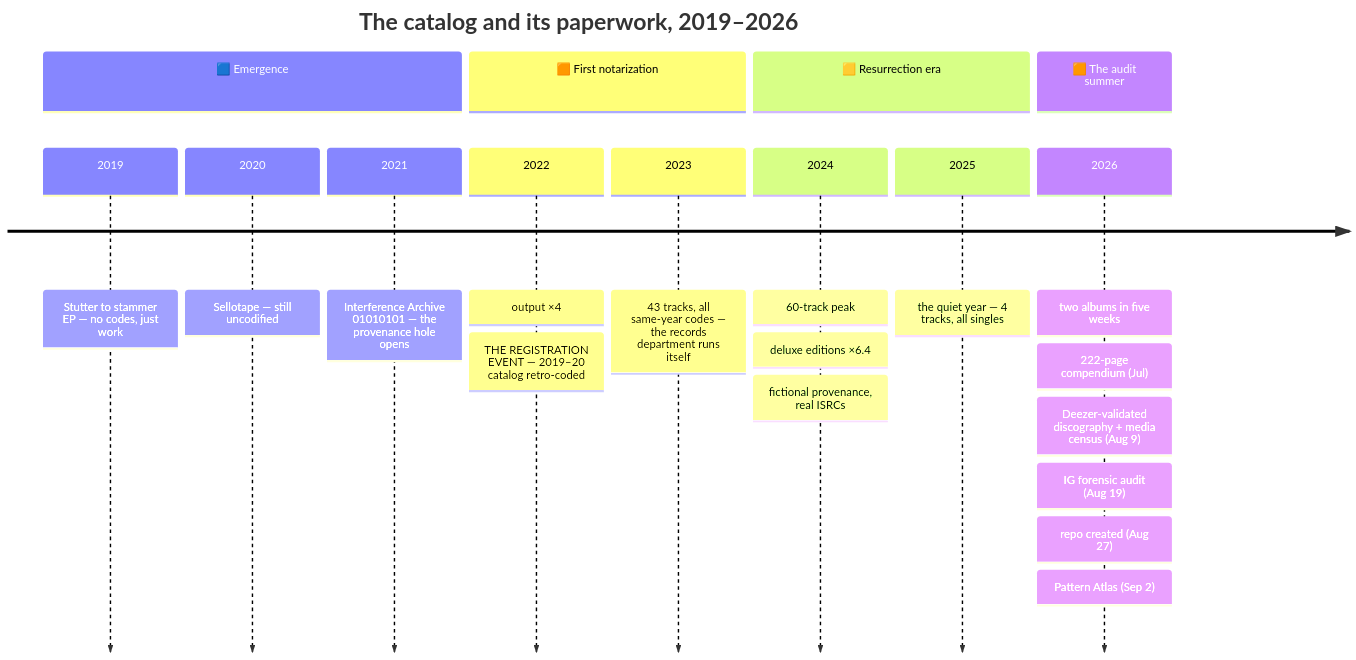
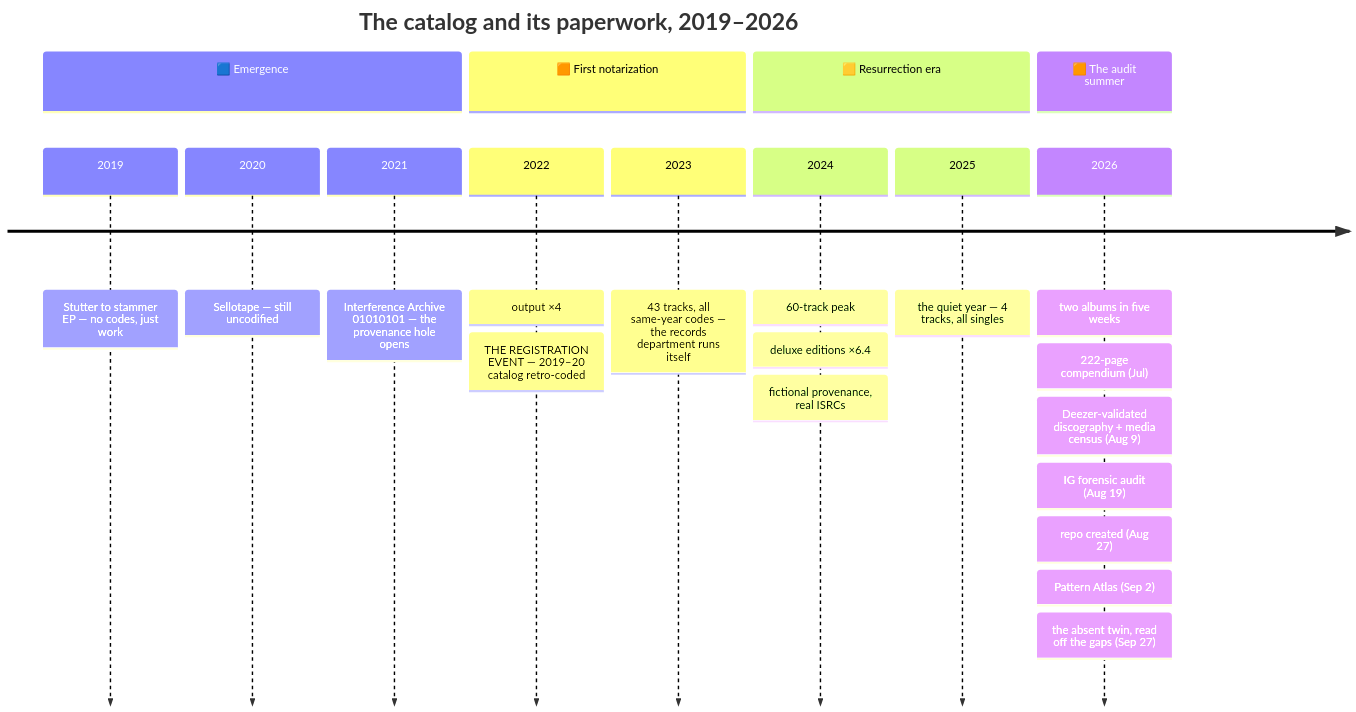
The sixth of 6 diagrams in README.md (zazieproductions/Zaziopath), drawn with Mermaid before and after one commit. The commit also changed other lines of this file and 3 other files, not shown here.

First line of the commit message:
Experiment ZP-AU-2026-0927: The Absent Twin — biography of the uncreated self, reconstructed from the gaps

````diff
--- a/README.md
+++ b/README.md
@@ -593,16 +602,16 @@
 ```mermaid
 timeline
     title The catalog and its paperwork, 2019–2026
     section 🟦 Emergence
         2019 : Stutter to stammer EP — no codes, just work
         2020 : Sellotape — still uncodified
         2021 : Interference Archive 01010101 — the provenance hole opens
     section 🟧 First notarization
         2022 : output ×4 : THE REGISTRATION EVENT — 2019–20 catalog retro-coded
         2023 : 43 tracks, all same-year codes — the records department runs itself
     section 🟨 Resurrection era
         2024 : 60-track peak : deluxe editions ×6.4 : fictional provenance, real ISRCs
         2025 : the quiet year — 4 tracks, all singles
     section 🟧 The audit summer
-        2026 : two albums in five weeks : 222-page compendium (Jul) : Deezer-validated discography + media census (Aug 9) : IG forensic audit (Aug 19) : repo created (Aug 27) : Pattern Atlas (Sep 2)
+        2026 : two albums in five weeks : 222-page compendium (Jul) : Deezer-validated discography + media census (Aug 9) : IG forensic audit (Aug 19) : repo created (Aug 27) : Pattern Atlas (Sep 2) : the absent twin, read off the gaps (Sep 27)
 ```
````
